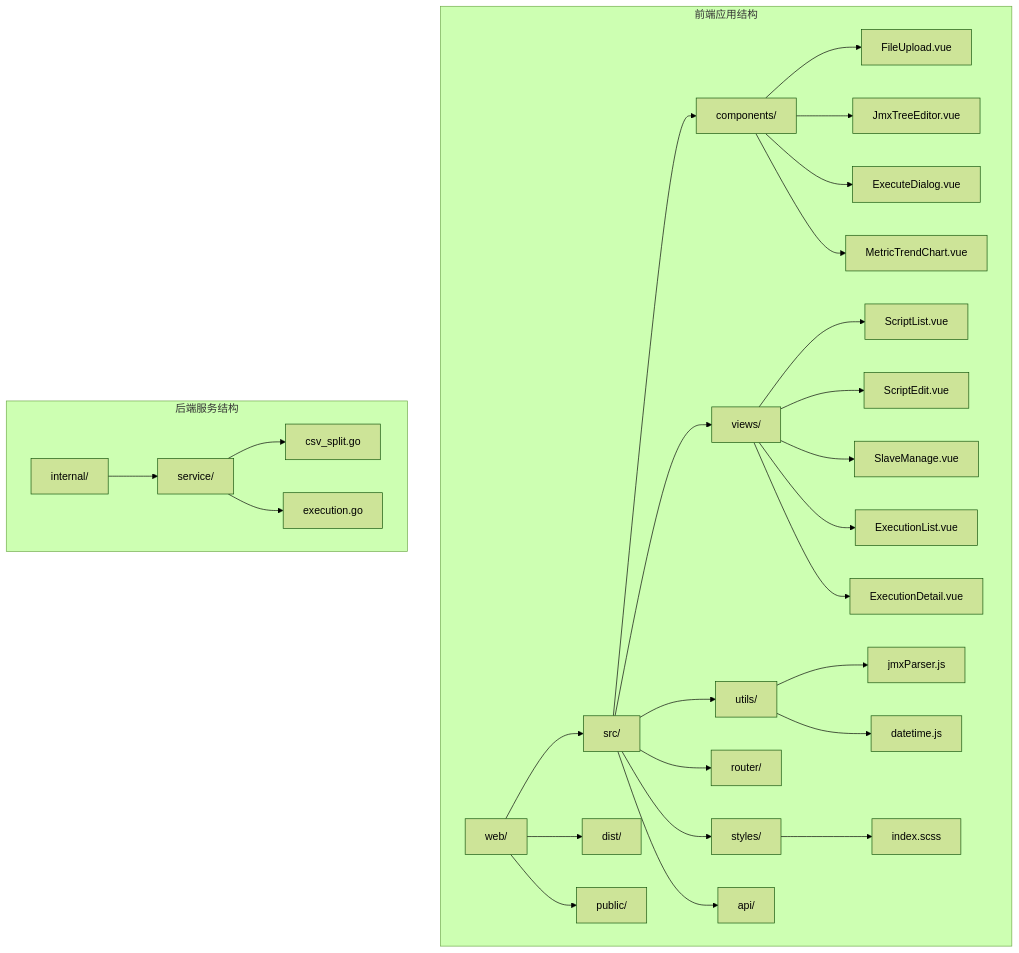
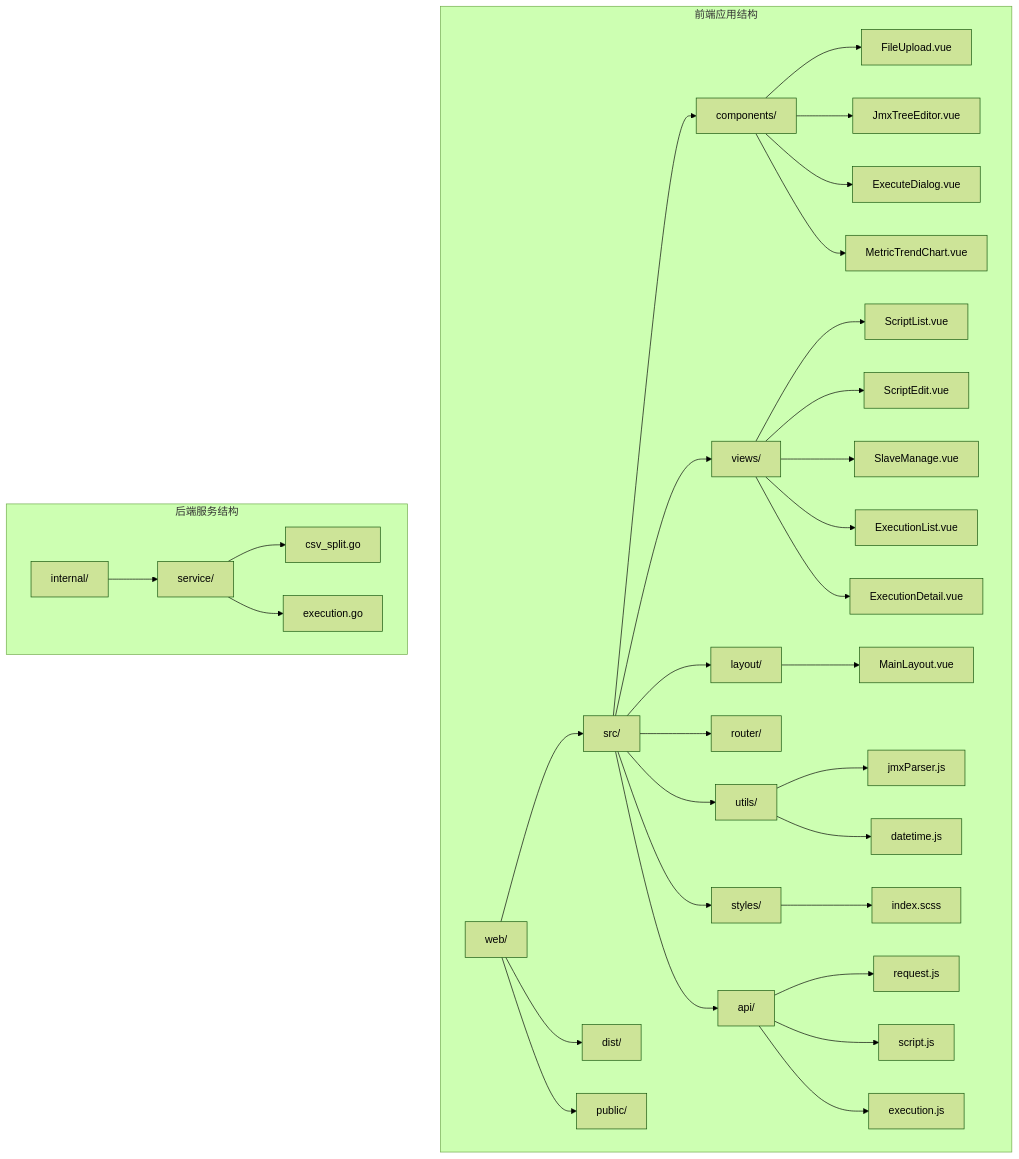
Before and after one commit to Liyuhao02/Jmeter-Admin: the first of 13 diagrams in .qoder/repowiki/zh/content/前端组件详解/前端组件详解.md, drawn with Mermaid (forest theme). The commit also changed other lines of this file and 6 other files, not shown here.

````diff
--- a/.qoder/repowiki/zh/content/前端组件详解/前端组件详解.md
+++ b/.qoder/repowiki/zh/content/前端组件详解/前端组件详解.md
@@ -51,31 +57,36 @@
 ```mermaid
 graph TB
 subgraph "前端应用结构"
 A[web/] --> B[src/]
 A --> C[dist/]
 A --> D[public/]
 B --> E[components/]
 B --> F[views/]
 B --> G[utils/]
 B --> H[router/]
 B --> I[styles/]
 B --> J[api/]
-E --> K[FileUpload.vue]
-E --> L[JmxTreeEditor.vue]
-E --> M[ExecuteDialog.vue]
-E --> N[MetricTrendChart.vue]
-F --> O[ScriptList.vue]
-F --> P[ScriptEdit.vue]
-F --> Q[SlaveManage.vue]
-F --> R[ExecutionList.vue]
-F --> S[ExecutionDetail.vue]
-G --> T[jmxParser.js]
-G --> U[datetime.js]
-I --> V[index.scss]
+B --> K[layout/]
+E --> L[FileUpload.vue]
+E --> M[JmxTreeEditor.vue]
+E --> N[ExecuteDialog.vue]
+E --> O[MetricTrendChart.vue]
+F --> P[ScriptList.vue]
+F --> Q[ScriptEdit.vue]
+F --> R[SlaveManage.vue]
+F --> S[ExecutionList.vue]
+F --> T[ExecutionDetail.vue]
+K --> U[MainLayout.vue]
+G --> V[jmxParser.js]
+G --> W[datetime.js]
+I --> X[index.scss]
+J --> Y[request.js]
+J --> Z[script.js]
+J --> AA[execution.js]
 end
 subgraph "后端服务结构"
-W[internal/] --> X[service/]
-X --> Y[csv_split.go]
-X --> Z[execution.go]
+AB[internal/] --> AC[service/]
+AC --> AD[csv_split.go]
+AC --> AE[execution.go]
 end
 ```
````
